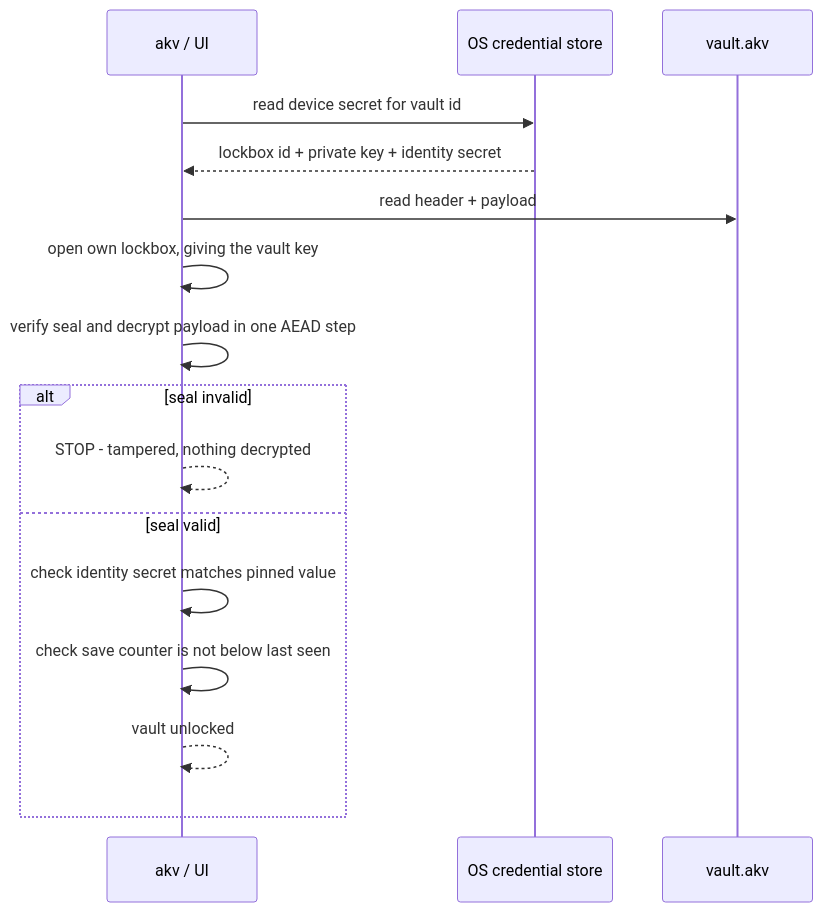
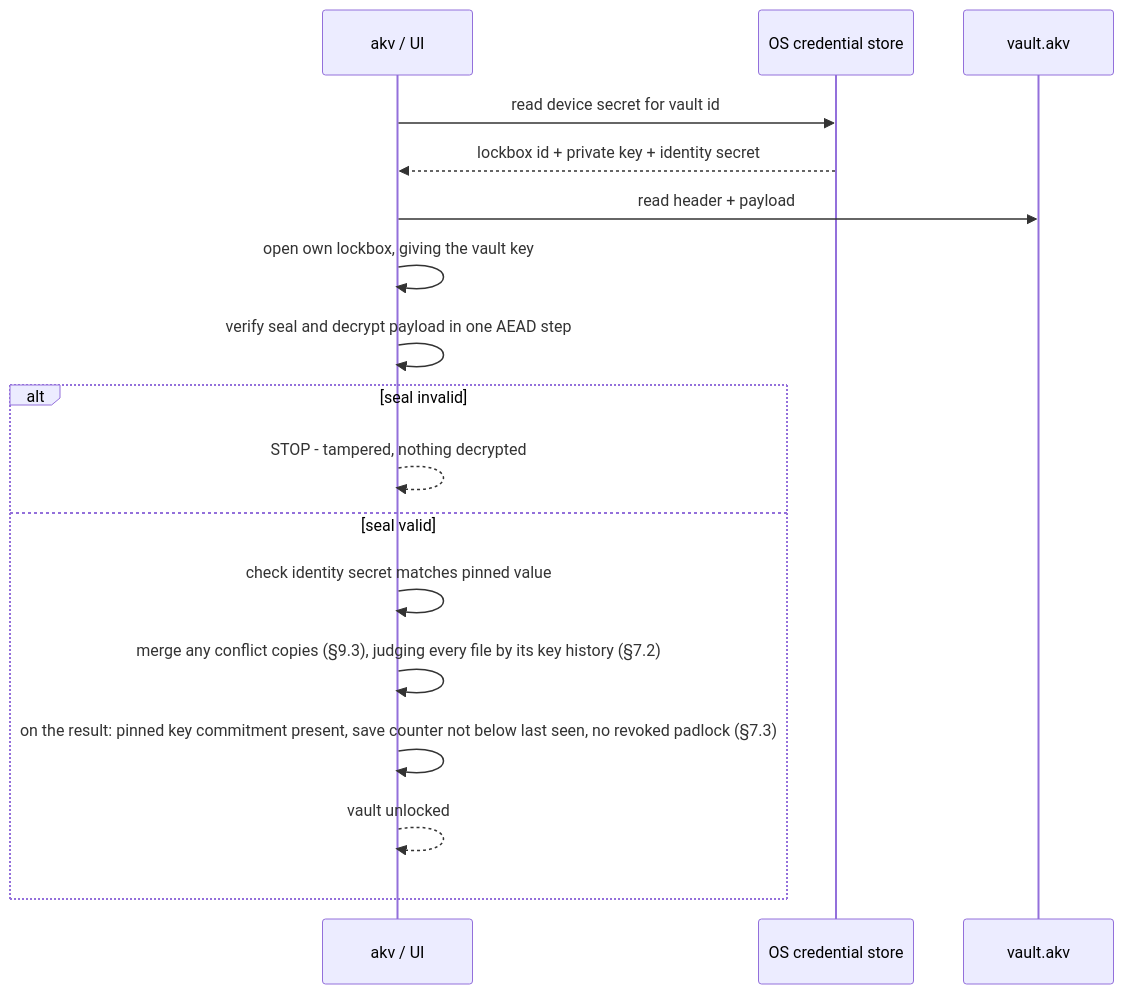
One commit to dandrejvv/ApiKeyVault changed the second of 5 diagrams in intent/.plans/2026-10-05-apikeyvault-cryptography-persistence-des.md. Above: the diagram before and after it, drawn with Mermaid. The commit also changed other lines of this file, not shown here.

First line of the commit message:
Harden ApiKeyVault design plan against look-alike vaults and former owners with key history, identity tags and vault key rotation

````diff
--- a/intent/.plans/2026-10-05-apikeyvault-cryptography-persistence-des.md
+++ b/intent/.plans/2026-10-05-apikeyvault-cryptography-persistence-des.md
@@ -140,18 +149,19 @@
 ```mermaid
 sequenceDiagram
   participant App as akv / UI
   participant Store as OS credential store
   participant File as vault.akv
   App->>Store: read device secret for vault id
   Store-->>App: lockbox id + private key + identity secret
   App->>File: read header + payload
   App->>App: open own lockbox, giving the vault key
   App->>App: verify seal and decrypt payload in one AEAD step
   alt seal invalid
     App-->>App: STOP - tampered, nothing decrypted
   else seal valid
     App->>App: check identity secret matches pinned value
-    App->>App: check save counter is not below last seen
+    App->>App: merge any conflict copies (§9.3), judging every file by its key history (§7.2)
+    App->>App: on the result: pinned key commitment present, save counter not below last seen, no revoked padlock (§7.3)
     App-->>App: vault unlocked
   end
 ```
````
